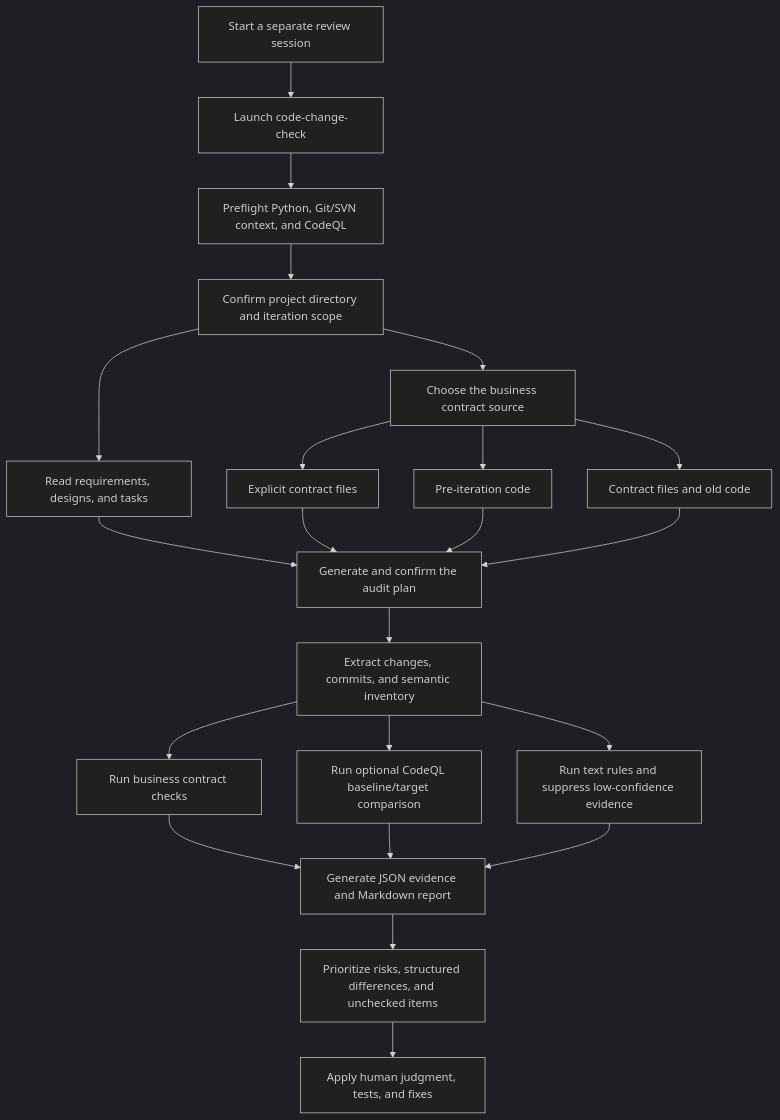
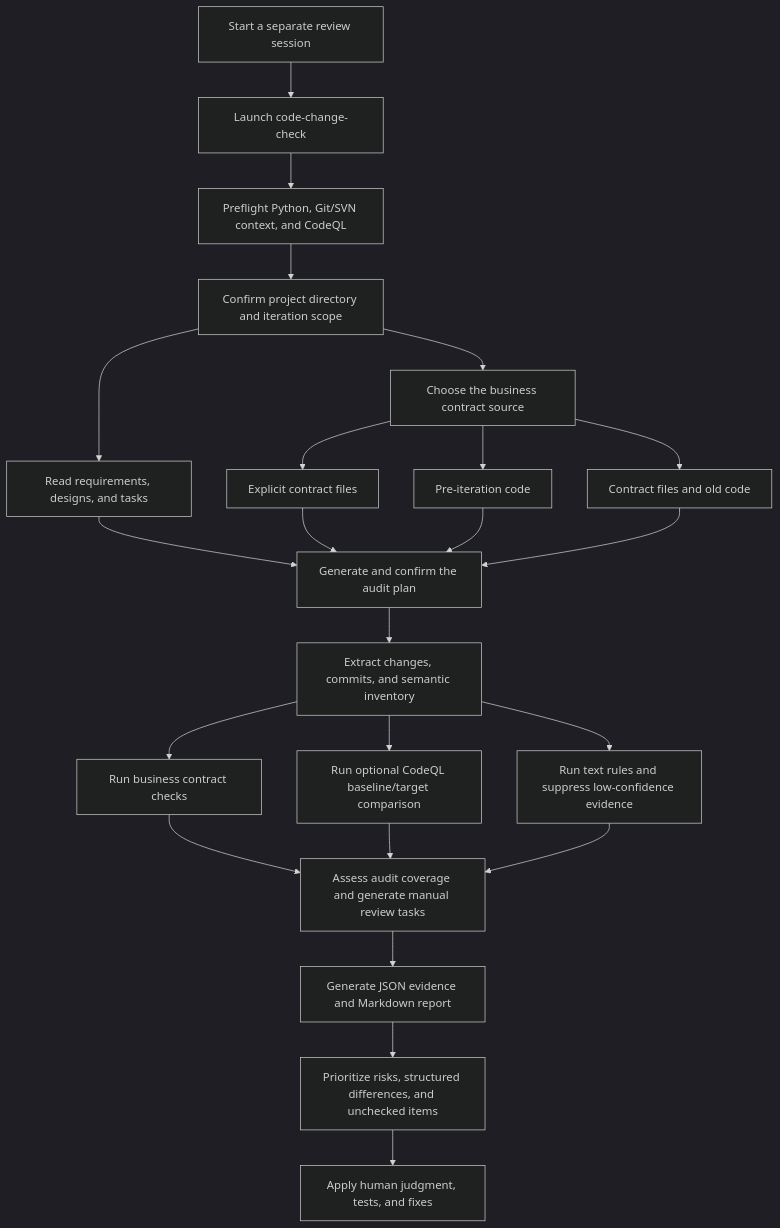
Before and after one commit to jiaheng6/code-change-check: the diagram in README.en.md, drawn with Mermaid (dark theme). The commit also changed other lines of this file and 16 other files, not shown here.

````diff
--- a/README.en.md
+++ b/README.en.md
@@ -165,24 +167,25 @@
 ```mermaid
 flowchart TD
     A["Start a separate review session"] --> B["Launch code-change-check"]
     B --> C["Preflight Python, Git/SVN context, and CodeQL"]
     C --> D["Confirm project directory and iteration scope"]
     D --> E["Read requirements, designs, and tasks"]
     D --> F["Choose the business contract source"]
     F --> F1["Explicit contract files"]
     F --> F2["Pre-iteration code"]
     F --> F3["Contract files and old code"]
     E --> G["Generate and confirm the audit plan"]
     F1 --> G
     F2 --> G
     F3 --> G
     G --> H["Extract changes, commits, and semantic inventory"]
     H --> I["Run business contract checks"]
     H --> J["Run optional CodeQL baseline/target comparison"]
     H --> K["Run text rules and suppress low-confidence evidence"]
-    I --> L["Generate JSON evidence and Markdown report"]
+    I --> L["Assess audit coverage and generate manual review tasks"]
     J --> L
     K --> L
-    L --> M["Prioritize risks, structured differences, and unchecked items"]
-    M --> N["Apply human judgment, tests, and fixes"]
+    L --> M["Generate JSON evidence and Markdown report"]
+    M --> N["Prioritize risks, structured differences, and unchecked items"]
+    N --> O["Apply human judgment, tests, and fixes"]
 ```
````
